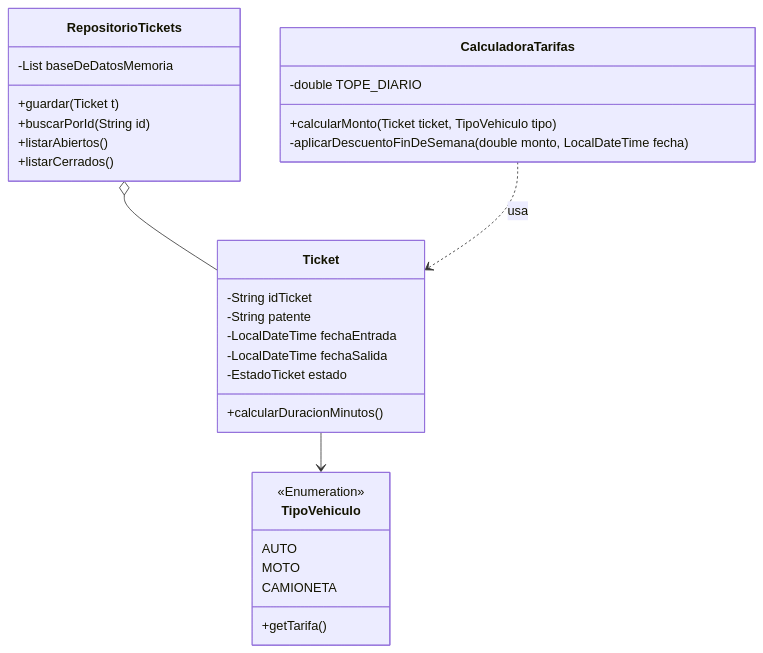
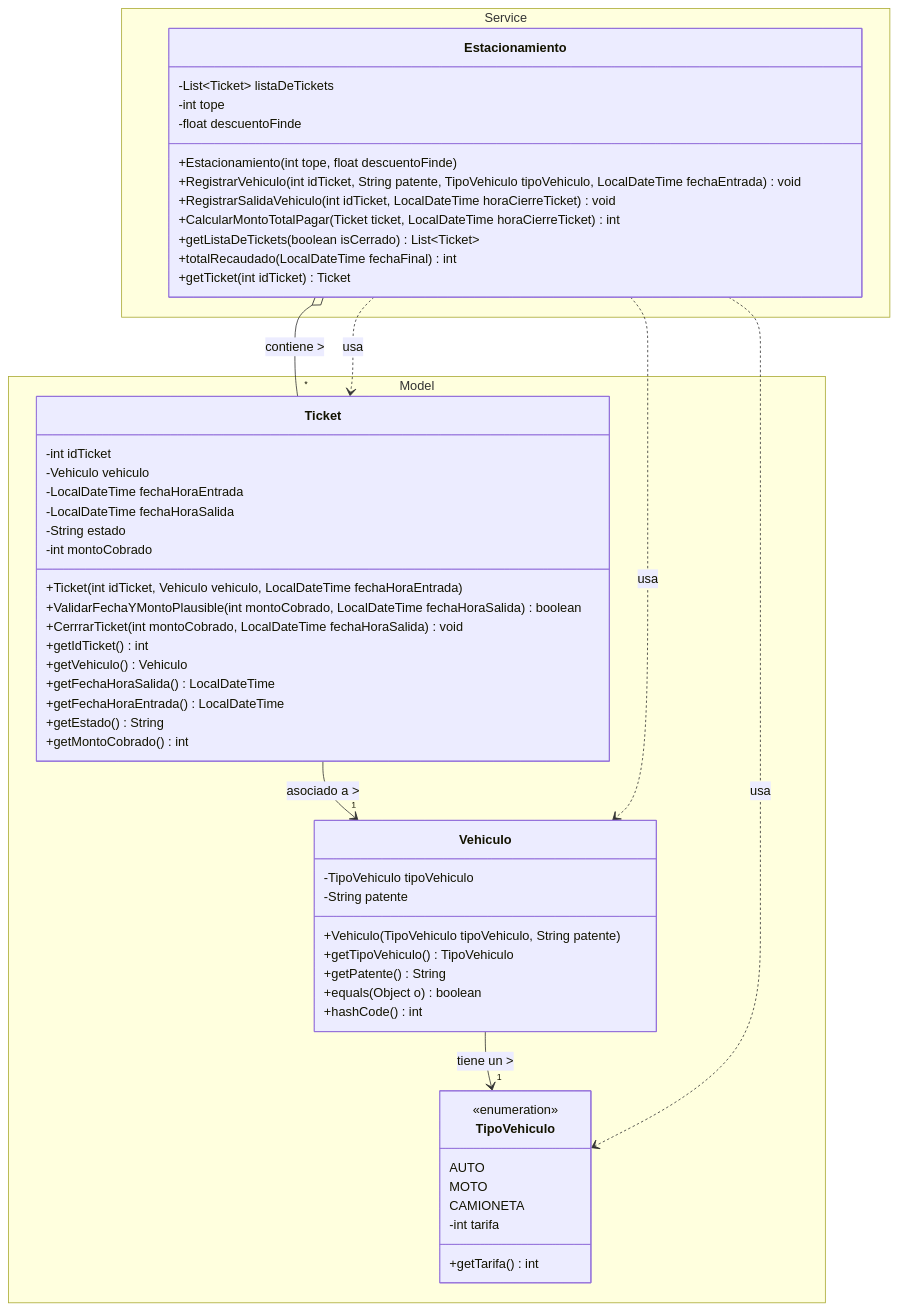
The diagram in Readme.md (jose4366/Tarea_2_INF331_Jos-_Campos), drawn with Mermaid before and after one commit.

Commit message:
intento de diagrama

````diff
--- a/Readme.md
+++ b/Readme.md
@@ -37,38 +37,82 @@
 ```mermaid
 classDiagram
+    %% Definición de Paquetes
+    namespace Model {
+        class TipoVehiculo
+        class Vehiculo
+        class Ticket
+    }
+    namespace Service {
+        class Estacionamiento
+    }
+
+    %% Definición de la Enumeración TipoVehiculo
     class TipoVehiculo {
-        <<Enumeration>>
+        <<enumeration>>
         AUTO
         MOTO
         CAMIONETA
-        +getTarifa()
+        -int tarifa
+        +getTarifa() int
     }
 
-    class Ticket {
-        -String idTicket
+    %% Definición de la Clase Vehiculo
+    class Vehiculo {
+        -TipoVehiculo tipoVehiculo
         -String patente
-        -LocalDateTime fechaEntrada
-        -LocalDateTime fechaSalida
-        -EstadoTicket estado
-        +calcularDuracionMinutos()
+        +Vehiculo(TipoVehiculo tipoVehiculo, String patente)
+        +getTipoVehiculo() TipoVehiculo
+        +getPatente() String
+        +equals(Object o) boolean
+        +hashCode() int
     }
 
-    class CalculadoraTarifas {
-        -double TOPE_DIARIO
-        +calcularMonto(Ticket ticket, TipoVehiculo tipo)
-        -aplicarDescuentoFinDeSemana(double monto, LocalDateTime fecha)
+    %% Definición de la Clase Ticket
+    class Ticket {
+        -int idTicket
+        -Vehiculo vehiculo
+        -LocalDateTime fechaHoraEntrada
+        -LocalDateTime fechaHoraSalida
+        -String estado
+        -int montoCobrado
+        +Ticket(int idTicket, Vehiculo vehiculo, LocalDateTime fechaHoraEntrada)
+        +ValidarFechaYMontoPlausible(int montoCobrado, LocalDateTime fechaHoraSalida) boolean
+        +CerrrarTicket(int montoCobrado, LocalDateTime fechaHoraSalida) void
+        +getIdTicket() int
+        +getVehiculo() Vehiculo
+        +getFechaHoraSalida() LocalDateTime
+        +getFechaHoraEntrada() LocalDateTime
+        +getEstado() String
+        +getMontoCobrado() int
     }
 
-    class RepositorioTickets {
-        -List<Ticket> baseDeDatosMemoria
-        +guardar(Ticket t)
-        +buscarPorId(String id)
-        +listarAbiertos()
-        +listarCerrados()
+    %% Definición de la Clase Service Estacionamiento
+    class Estacionamiento {
+        -List~Ticket~ listaDeTickets
+        -int tope
+        -float descuentoFinde
+        +Estacionamiento(int tope, float descuentoFinde)
+        +RegistrarVehiculo(int idTicket, String patente, TipoVehiculo tipoVehiculo, LocalDateTime fechaEntrada) void
+        +RegistrarSalidaVehiculo(int idTicket, LocalDateTime horaCierreTicket) void
+        +CalcularMontoTotalPagar(Ticket ticket, LocalDateTime horaCierreTicket) int
+        +getListaDeTickets(boolean isCerrado) List~Ticket~
+        +totalRecaudado(LocalDateTime fechaFinal) int
+        +getTicket(int idTicket) Ticket
     }
 
-    Ticket --> TipoVehiculo
-    RepositorioTickets o-- Ticket
-    CalculadoraTarifas ..> Ticket : usa
+    %% Relaciones
 
+    %% Un Vehiculo tiene un TipoVehiculo asociado
+    Vehiculo --> "1" TipoVehiculo : tiene un >
+
+    %% Un Ticket tiene un Vehiculo asociado
+    Ticket --> "1" Vehiculo : asociado a >
+
+    %% Estacionamiento contiene una lista de Tickets (Agregación)
+    Estacionamiento o-- "*" Ticket : contiene >
+
+    %% Dependencias del Servicio (Usa estas clases en parámetros o lógica interna)
+    Estacionamiento ..> Vehiculo : usa
+    Estacionamiento ..> TipoVehiculo : usa
+    Estacionamiento ..> Ticket : usa
 ```
````
